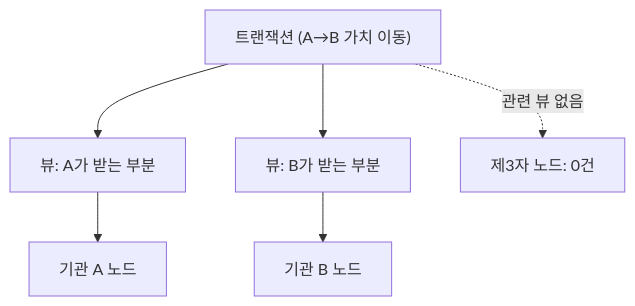
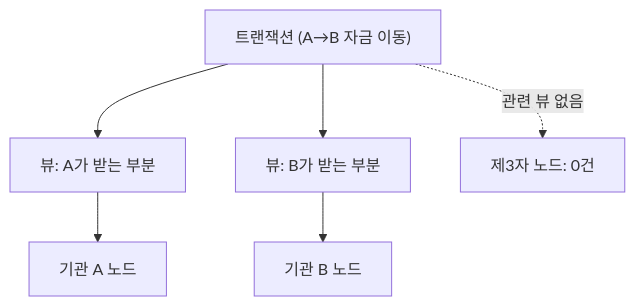
Before and after one commit to eunsujeo/canton-docs: the diagram in wiki/canton-course/s05-privacy.md, drawn with Mermaid. The commit also changed 4 other files, not shown here.

````diff
--- a/wiki/canton-course/s05-privacy.md
+++ b/wiki/canton-course/s05-privacy.md
@@ -68,9 +68,9 @@
 ```mermaid
 flowchart TB
-  TX["트랜잭션 (A→B 가치 이동)"]
+  TX["트랜잭션 (A→B 자금 이동)"]
   TX --> VA["뷰: A가 받는 부분"]
   TX --> VB["뷰: B가 받는 부분"]
   VA --> A["기관 A 노드"]
   VB --> B["기관 B 노드"]
   TX -. "관련 뷰 없음" .-> X["제3자 노드: 0건"]
 ```
````
